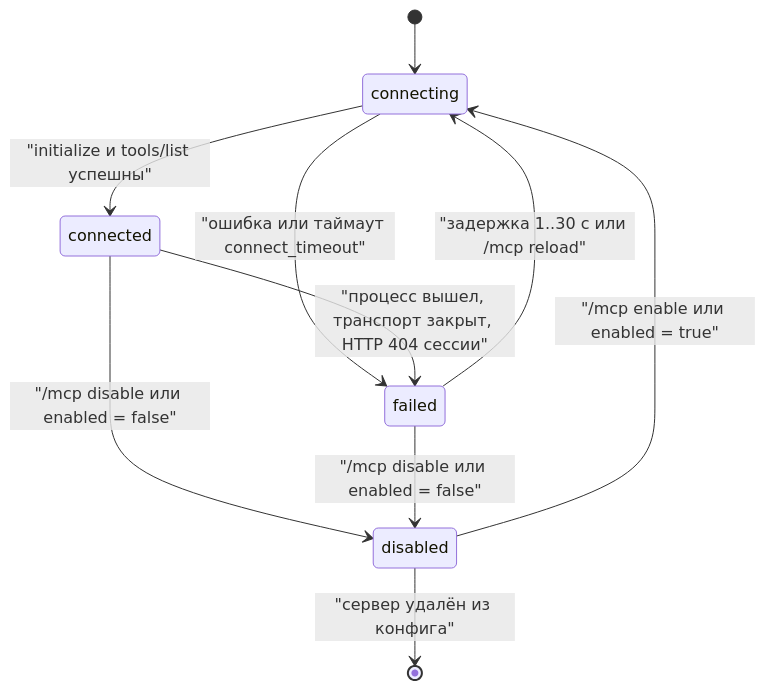
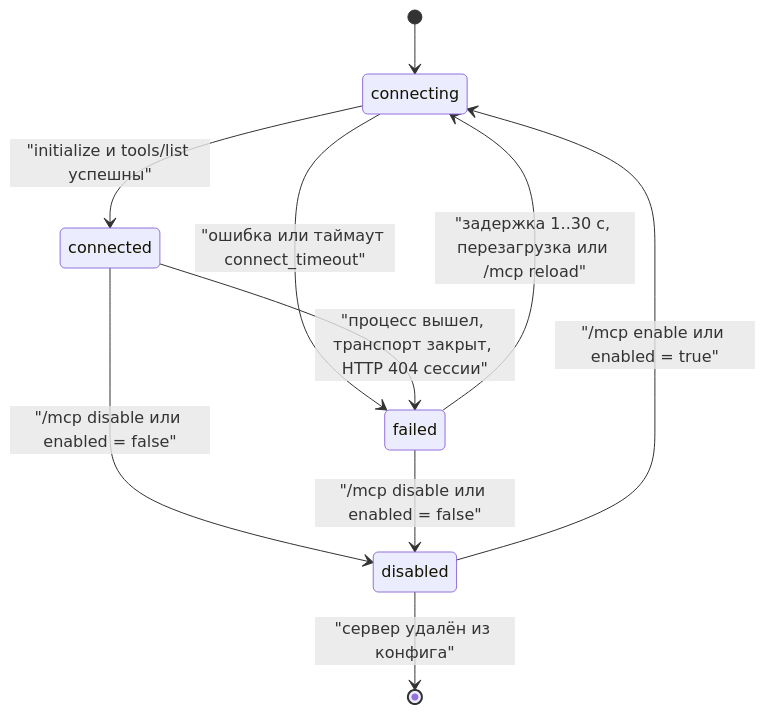
The second of 2 diagrams in docs/architecture/proposals/agent-core/17-5-agent-setup.md (pese-git/codelab-app), drawn with Mermaid before and after one commit. The commit also changed other lines of this file and 23 other files, not shown here.

````diff
--- a/docs/architecture/proposals/agent-core/17-5-agent-setup.md
+++ b/docs/architecture/proposals/agent-core/17-5-agent-setup.md
@@ -782,12 +1057,12 @@
 ```mermaid
 stateDiagram-v2
     [*] --> connecting
     connecting --> connected: "initialize и tools/list успешны"
     connecting --> failed: "ошибка или таймаут connect_timeout"
     connected --> failed: "процесс вышел, транспорт закрыт, HTTP 404 сессии"
-    failed --> connecting: "задержка 1..30 с или /mcp reload"
+    failed --> connecting: "задержка 1..30 с, перезагрузка или /mcp reload"
     connected --> disabled: "/mcp disable или enabled = false"
     failed --> disabled: "/mcp disable или enabled = false"
     disabled --> connecting: "/mcp enable или enabled = true"
     disabled --> [*]: "сервер удалён из конфига"
 ```
````
